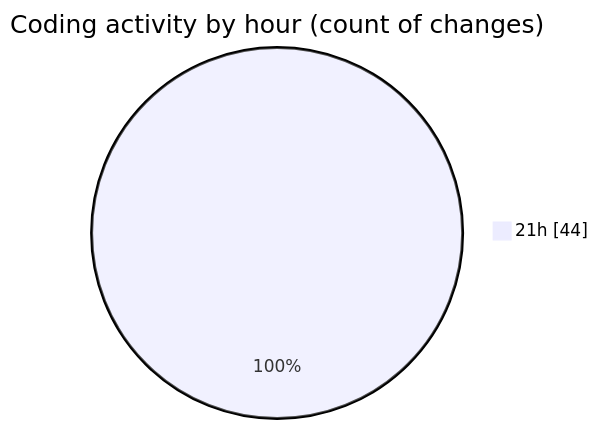
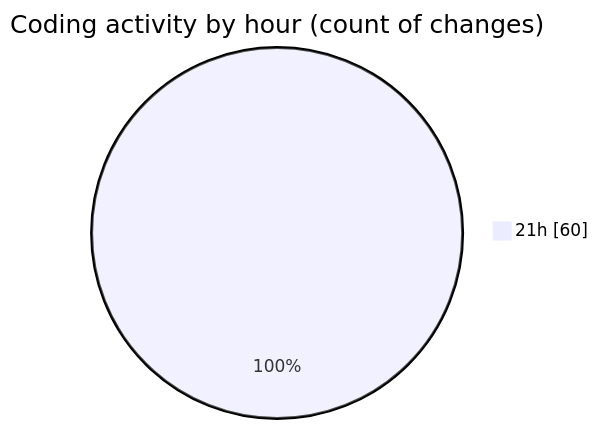
The second of 2 diagrams in 2025-02-08/runner/README.md (charlie-sans/code-tracking), drawn with Mermaid before and after one commit. The commit also changed other lines of this file and 1 other file, not shown here.

````diff
--- a/2025-02-08/runner/README.md
+++ b/2025-02-08/runner/README.md
@@ -32,5 +32,5 @@
 ```mermaid
 pie showData
 title Coding activity by hour (count of changes)
-"21h" : 44
+"21h" : 60
 ```
````
